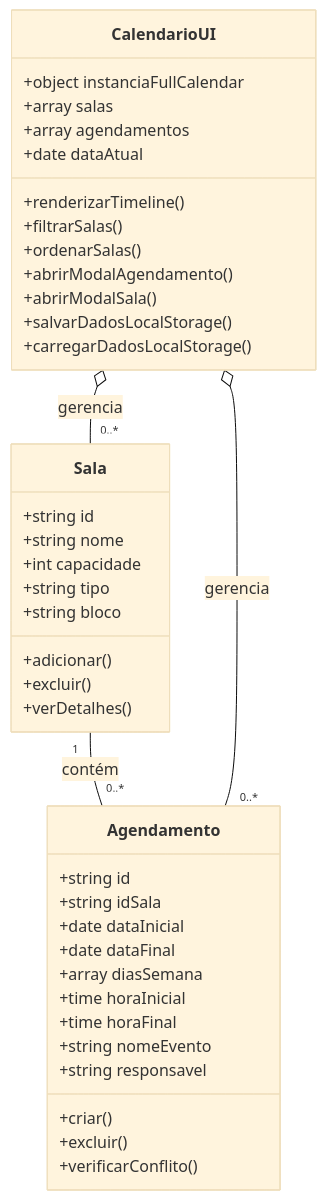
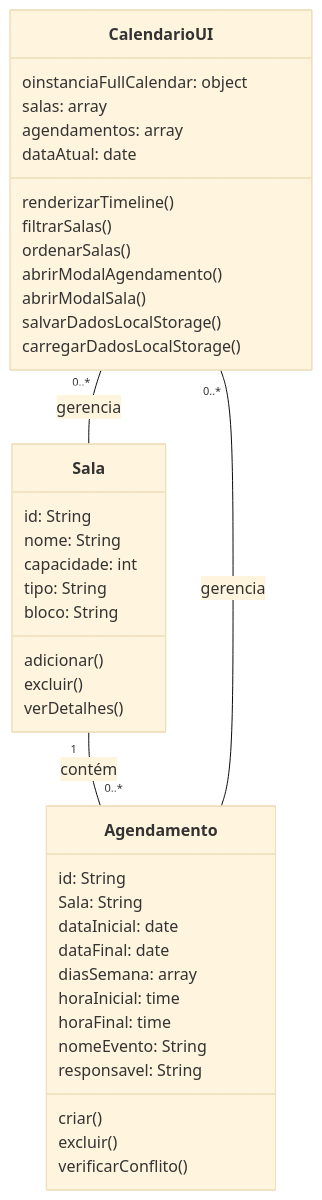
The diagram in Diagrama_de_Classe.md (CTISM-Prof-Henry/trab-final-noite-gremio-fbpa), drawn with Mermaid (base theme) before and after one commit. The commit also changed other lines of this file, not shown here.

````diff
--- a/Diagrama_de_Classe.md
+++ b/Diagrama_de_Classe.md
@@ -47,46 +47,46 @@
 ```mermaid
 classDiagram
     class Sala {
-        +string id
-        +string nome
-        +int capacidade
-        +string tipo
-        +string bloco
-        +adicionar()
-        +excluir()
-        +verDetalhes()
+        id: String
+        nome: String
+        capacidade: int
+        tipo: String
+        bloco: String
+        adicionar()
+        excluir()
+        verDetalhes()
     }
 
     class Agendamento {
-        +string id
-        +string idSala
-        +date dataInicial
-        +date dataFinal
-        +array diasSemana
-        +time horaInicial
-        +time horaFinal
-        +string nomeEvento
-        +string responsavel
-        +criar()
-        +excluir()
-        +verificarConflito()
+        id: String
+        Sala: String
+        dataInicial: date
+        dataFinal: date
+        diasSemana: array
+        horaInicial: time
+        horaFinal: time
+        nomeEvento: String
+        responsavel: String
+        criar()
+        excluir()
+        verificarConflito()
     }
 
     class CalendarioUI {
-        +object instanciaFullCalendar
-        +array salas
-        +array agendamentos
-        +date dataAtual
-        +renderizarTimeline()
-        +filtrarSalas()
-        +ordenarSalas()
-        +abrirModalAgendamento()
-        +abrirModalSala()
-        +salvarDadosLocalStorage()
-        +carregarDadosLocalStorage()
+        oinstanciaFullCalendar: object
+        salas: array
+        agendamentos: array
+        dataAtual: date
+        renderizarTimeline()
+        filtrarSalas()
+        ordenarSalas()
+        abrirModalAgendamento()
+        abrirModalSala()
+        salvarDadosLocalStorage()
+        carregarDadosLocalStorage()
     }
 
     Sala "1" -- "0..*" Agendamento : contém
-    CalendarioUI o-- "0..*" Sala : gerencia
-    CalendarioUI o-- "0..*" Agendamento : gerencia
+    CalendarioUI "0..*" -- Sala : gerencia
+    CalendarioUI "0..*" -- Agendamento : gerencia
 ```
````
